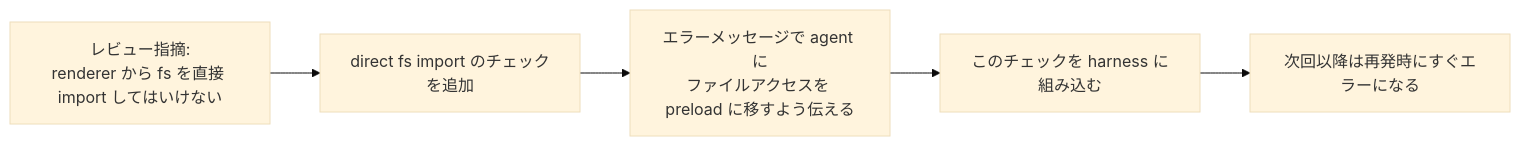
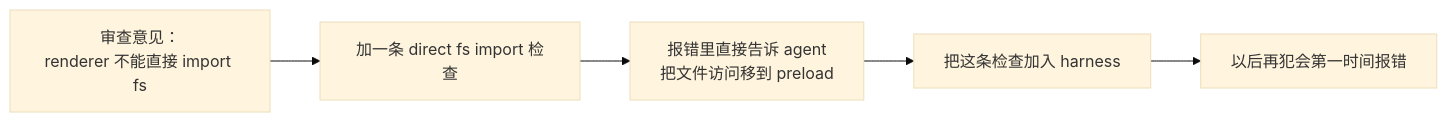
The second of 2 diagrams in docs/zh/lectures/lecture-10-why-end-to-end-testing-changes-results/index.md (mkusaka/learn-harness-engineering), drawn with Mermaid (base theme) before and after one commit. The commit also changed other lines of this file and 684 other files, not shown here.

````diff
--- a/docs/zh/lectures/lecture-10-why-end-to-end-testing-changes-results/index.md
+++ b/docs/zh/lectures/lecture-10-why-end-to-end-testing-changes-results/index.md
@@ -52,7 +52,7 @@
 ```mermaid
 flowchart LR
-    Review["レビュー指摘:<br/>renderer から fs を直接 import してはいけない"] --> Rule["direct fs import のチェックを追加"]
-    Rule --> Message["エラーメッセージで agent に<br/>ファイルアクセスを preload に移すよう伝える"]
-    Message --> Harness["このチェックを harness に組み込む"]
-    Harness --> Stronger["次回以降は再発時にすぐエラーになる"]
+    Review["审查意见：<br/>renderer 不能直接 import fs"] --> Rule["加一条 direct fs import 检查"]
+    Rule --> Message["报错里直接告诉 agent<br/>把文件访问移到 preload"]
+    Message --> Harness["把这条检查加入 harness"]
+    Harness --> Stronger["以后再犯会第一时间报错"]
 ```
````
